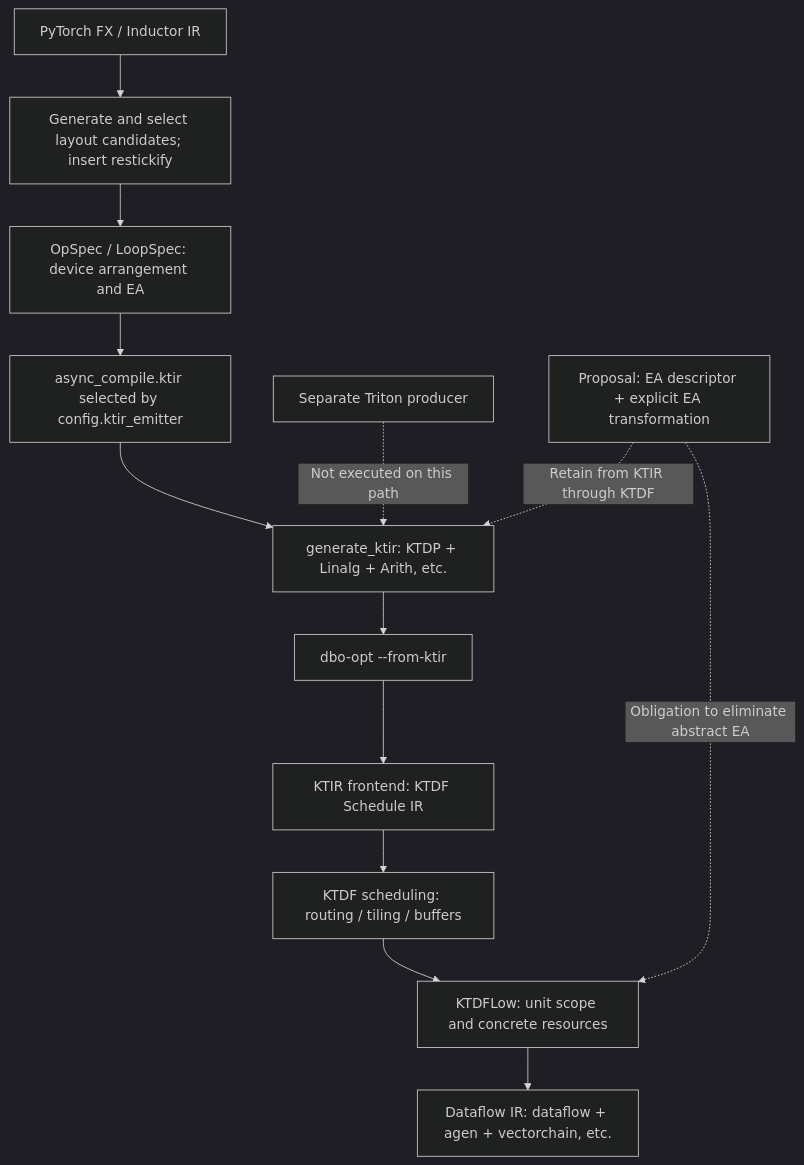
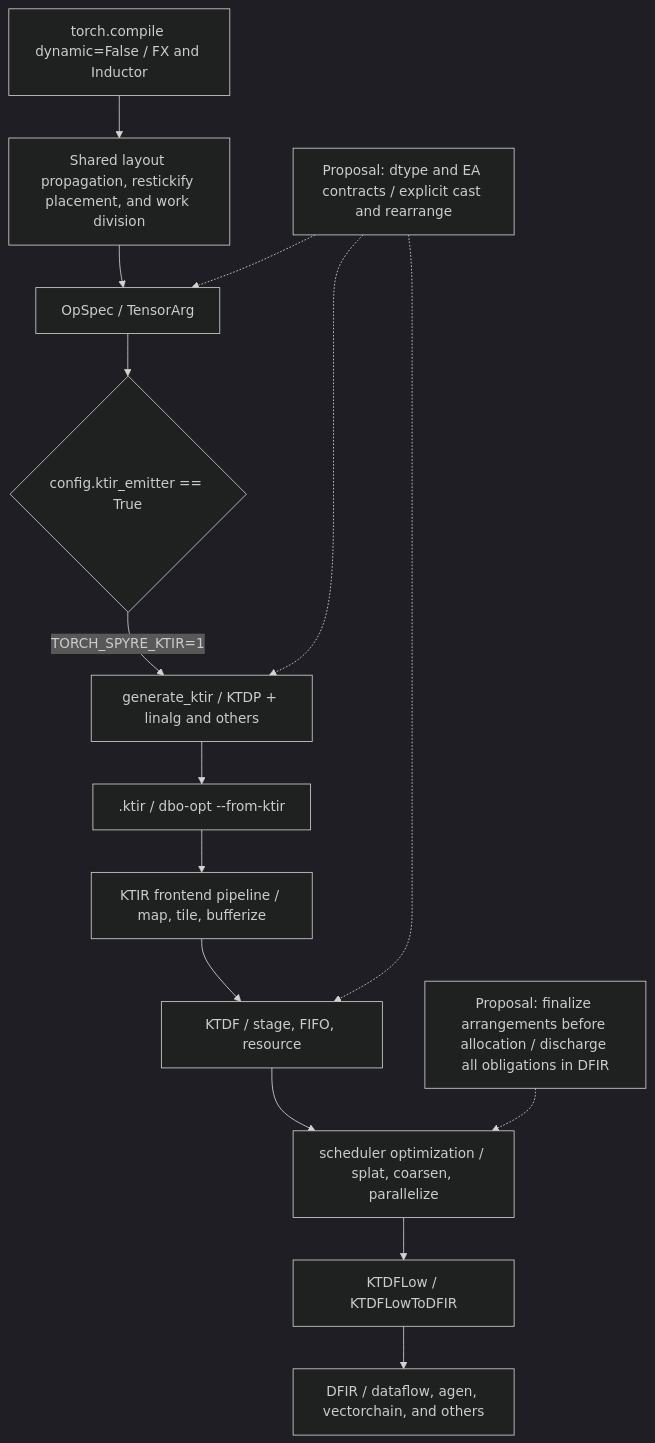
One commit to kiszk/triton changed the first of 2 diagrams in docs/element-arrangement/element-arrangement-study-long.md. Above: the diagram before and after it, drawn with Mermaid (dark theme). The commit also changed other lines of this file and 1 other file, not shown here.

Commit message:
update ktdf part

````diff
--- a/docs/element-arrangement/element-arrangement-study-long.md
+++ b/docs/element-arrangement/element-arrangement-study-long.md
@@ -27,15 +27,17 @@
 ```mermaid
 flowchart TD
-  FX[PyTorch FX / Inductor IR] --> L[Generate and select layout candidates; insert restickify]
-  L --> O[OpSpec / LoopSpec: device arrangement and EA]
-  O --> E[async_compile.ktir selected by config.ktir_emitter]
-  E --> K[generate_ktir: KTDP + Linalg + Arith, etc.]
-  K --> B[dbo-opt --from-ktir]
-  B --> S[KTIR frontend: KTDF Schedule IR]
-  S --> T[KTDF scheduling: routing / tiling / buffers]
-  T --> U[KTDFLow: unit scope and concrete resources]
-  U --> D[Dataflow IR: dataflow + agen + vectorchain, etc.]
-  TR[Separate Triton producer] -. Not executed on this path .-> K
-  P[Proposal: EA descriptor + explicit EA transformation] -. Retain from KTIR through KTDF .-> K
-  P -. Obligation to eliminate abstract EA .-> U
+  A[torch.compile dynamic=False / FX and Inductor] --> B[Shared layout propagation, restickify placement, and work division]
+  B --> C[OpSpec / TensorArg]
+  C --> D{config.ktir_emitter == True}
+  D -->|TORCH_SPYRE_KTIR=1| E[generate_ktir / KTDP + linalg and others]
+  E --> F[.ktir / dbo-opt --from-ktir]
+  F --> G[KTIR frontend pipeline / map, tile, bufferize]
+  G --> H[KTDF / stage, FIFO, resource]
+  H --> I[scheduler optimization / splat, coarsen, parallelize]
+  I --> J[KTDFLow / KTDFLowToDFIR]
+  J --> K[DFIR / dataflow, agen, vectorchain, and others]
+  P[Proposal: dtype and EA contracts / explicit cast and rearrange] -.-> C
+  P -.-> E
+  P -.-> H
+  Q[Proposal: finalize arrangements before allocation / discharge all obligations in DFIR] -.-> I
 ```
````
